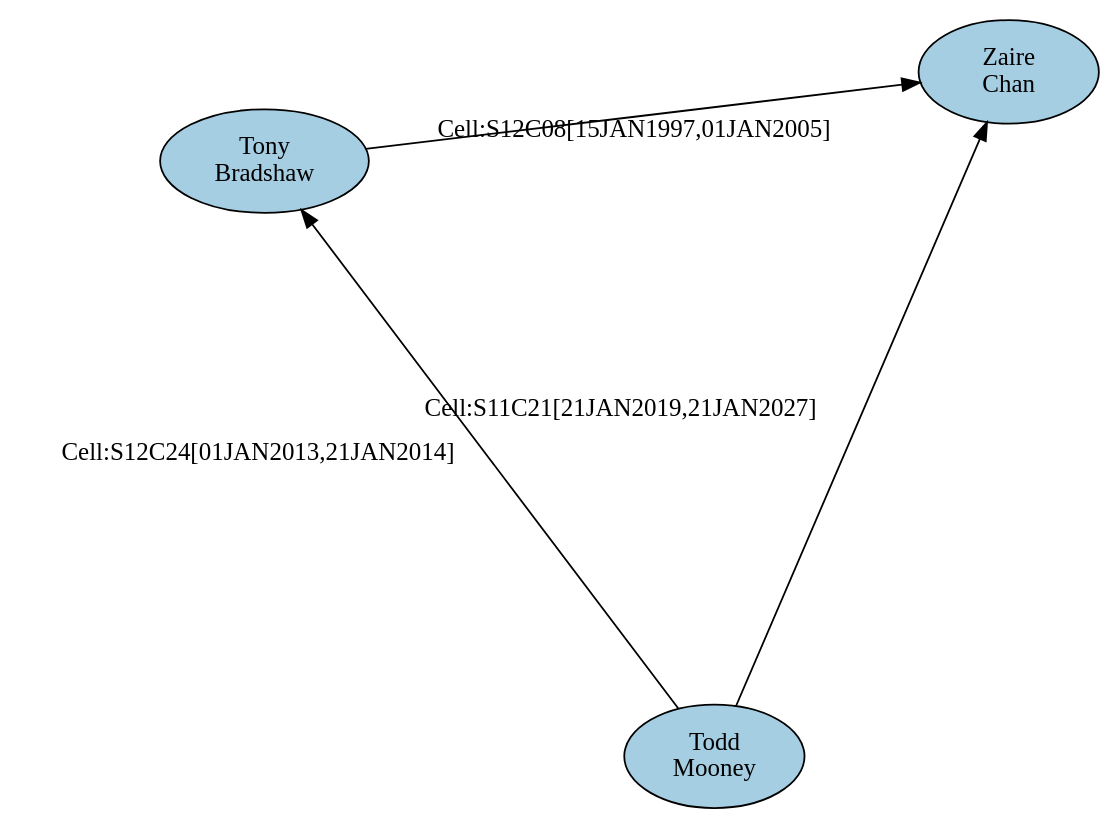
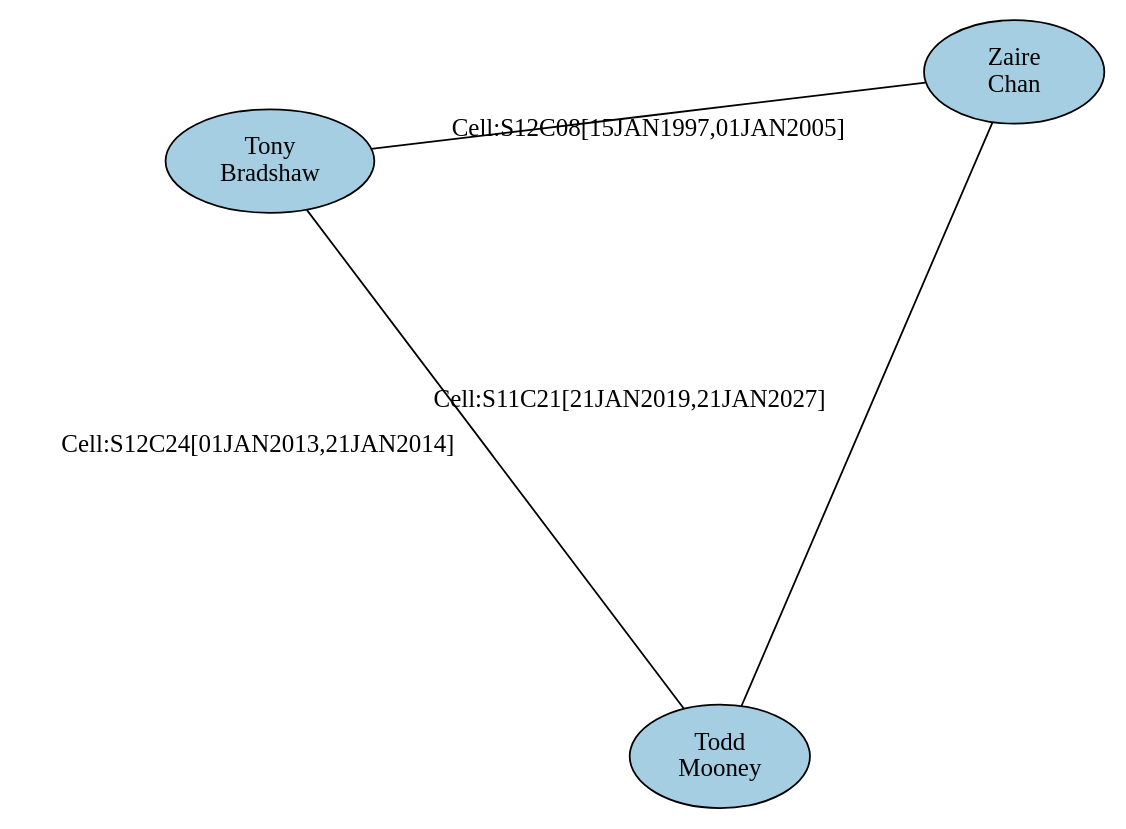
Before and after one commit to dtherrick/network-analysis: the diagram in applications/social/inmate-network/dot/query_4_match_3.dot, drawn with Graphviz. The commit also changed 14 other files, not shown here.

```diff
--- a/applications/social/inmate-network/dot/query_4_match_3.dot
+++ b/applications/social/inmate-network/dot/query_4_match_3.dot
@@ -1,13 +1,13 @@
-digraph G {
+graph G {
 layout=sfdp
 node[colorscheme=paired8, style=filled, color=black, fixedSize=true, width=1.4, height=.8]
 "I41770"[fillcolor= "1",label= "Zaire
 Chan"]
 "I35970"[fillcolor= "1",label= "Tony
 Bradshaw"]
 "I08633"[fillcolor= "1",label= "Todd
 Mooney"]
-"I08633" -> "I35970"[label= "Cell:S12C24[01JAN2013,21JAN2014]"]
-"I08633" -> "I41770"[label= "Cell:S11C21[21JAN2019,21JAN2027]"]
-"I35970" -> "I41770"[label= "Cell:S12C08[15JAN1997,01JAN2005]"]
+"I08633" -- "I35970"[label= "Cell:S12C24[01JAN2013,21JAN2014]"]
+"I08633" -- "I41770"[label= "Cell:S11C21[21JAN2019,21JAN2027]"]
+"I35970" -- "I41770"[label= "Cell:S12C08[15JAN1997,01JAN2005]"]
 }
```
